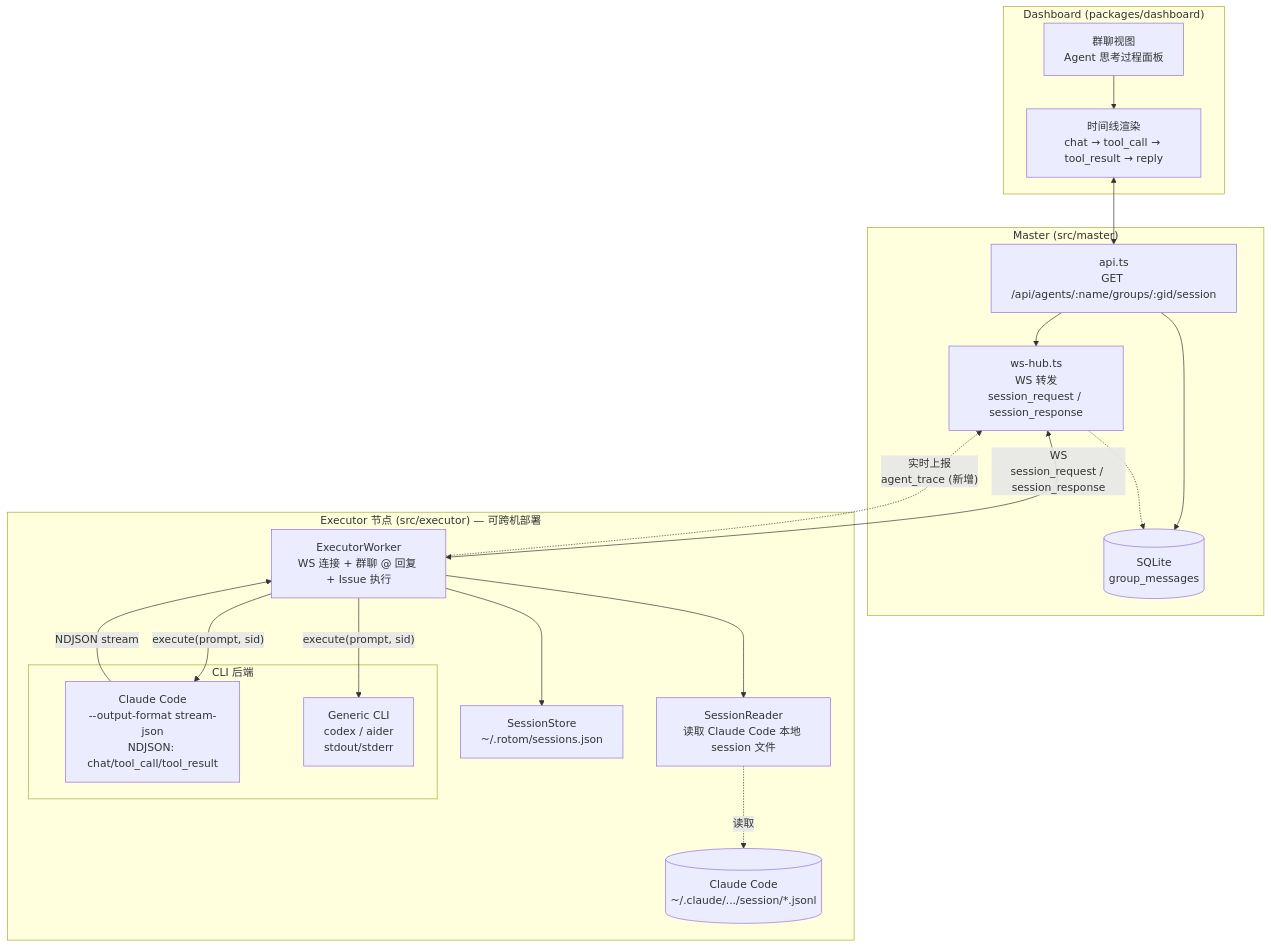
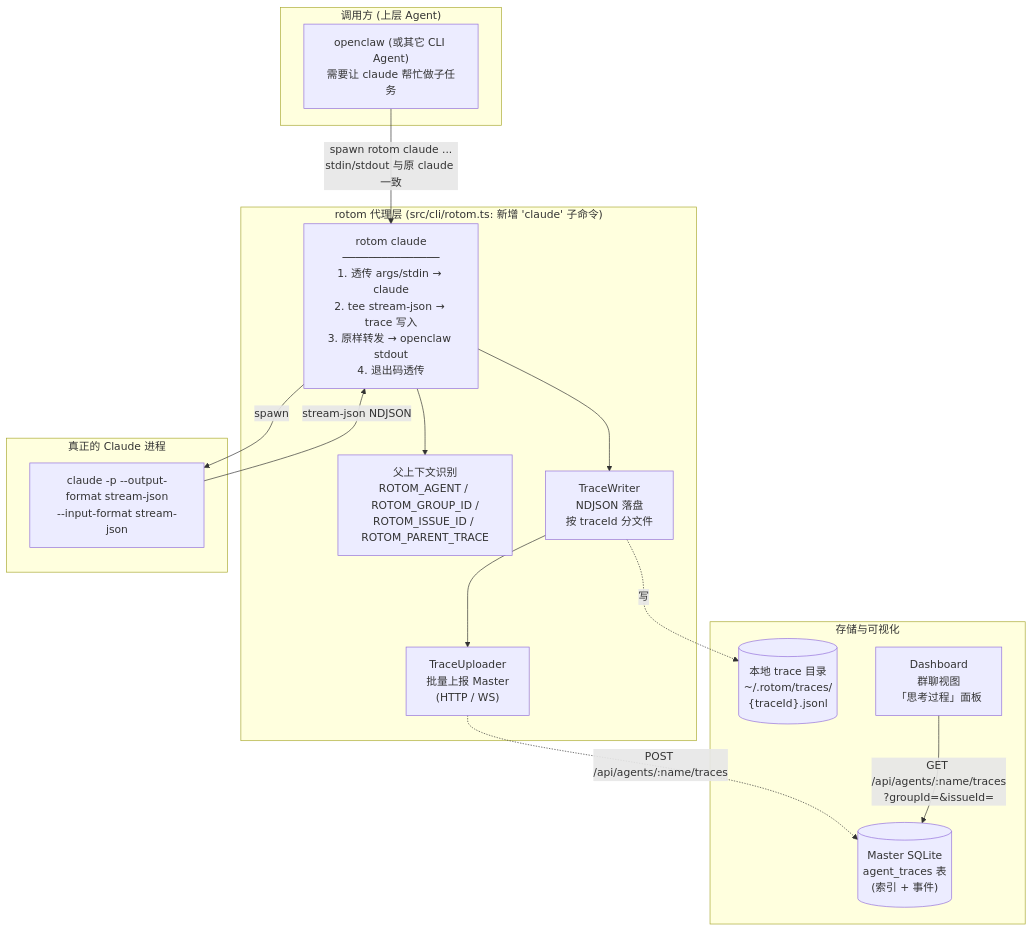
The first of 2 diagrams in docs/AGENT_WHITEBOX.md (konglx90/rotom), drawn with Mermaid before and after one commit. The commit also changed other lines of this file and 1 other file, not shown here.

Commit message:
docs: 更新 Agent 白盒化架构文档并新增提示词文档

````diff
--- a/docs/AGENT_WHITEBOX.md
+++ b/docs/AGENT_WHITEBOX.md
@@ -65,39 +29,33 @@
 ```mermaid
 flowchart TB
-  subgraph Dashboard["Dashboard (packages/dashboard)"]
-    UI["群聊视图<br/>Agent 思考过程面板"]
-    TL["时间线渲染<br/>chat → tool_call → tool_result → reply"]
-    UI --> TL
+  subgraph Caller["调用方 (上层 Agent)"]
+    OC["openclaw (或其它 CLI Agent)<br/>需要让 claude 帮忙做子任务"]
   end
 
-  subgraph Master["Master (src/master)"]
-    API["api.ts<br/>GET /api/agents/:name/groups/:gid/session"]
-    HUB["ws-hub.ts<br/>WS 转发<br/>session_request / session_response"]
-    DB[("SQLite<br/>group_messages")]
-    API --> HUB
-    API --> DB
+  subgraph Proxy["rotom 代理层 (src/cli/rotom.ts: 新增 'claude' 子命令)"]
+    RC["rotom claude<br/>───────────────<br/>1. 透传 args/stdin → claude<br/>2. tee stream-json → trace 写入<br/>3. 原样转发 → openclaw stdout<br/>4. 退出码透传"]
+    CTX["父上下文识别<br/>ROTOM_AGENT / ROTOM_GROUP_ID /<br/>ROTOM_ISSUE_ID / ROTOM_PARENT_TRACE"]
+    WR["TraceWriter<br/>NDJSON 落盘<br/>按 traceId 分文件"]
+    UP["TraceUploader<br/>批量上报 Master<br/>(HTTP / WS)"]
+    RC --> CTX
+    RC --> WR
+    WR --> UP
   end
 
-  subgraph Executor["Executor 节点 (src/executor) — 可跨机部署"]
-    EW["ExecutorWorker<br/>WS 连接 + 群聊 @ 回复 + Issue 执行"]
-    SS["SessionStore<br/>~/.rotom/sessions.json"]
-    SR["SessionReader<br/>读取 Claude Code 本地 session 文件"]
-    EW --> SS
-    EW --> SR
-
-    subgraph CLI["CLI 后端"]
-      CC["Claude Code<br/>--output-format stream-json<br/>NDJSON: chat/tool_call/tool_result"]
-      GC["Generic CLI<br/>codex / aider<br/>stdout/stderr"]
-    end
-
-    EW -->|"execute(prompt, sid)"| CC
-    EW -->|"execute(prompt, sid)"| GC
-    CC -->|"NDJSON stream"| EW
-    SR -.->|"读取"| LOCAL[("Claude Code<br/>~/.claude/.../session/*.jsonl")]
+  subgraph Subprocess["真正的 Claude 进程"]
+    CLAUDE["claude -p --output-format stream-json<br/>--input-format stream-json"]
   end
 
-  TL <--> API
-  HUB <-->|"WS<br/>session_request / session_response"| EW
-  EW -.->|"实时上报<br/>agent_trace (新增)"| HUB
-  HUB -.-> DB
+  subgraph Storage["存储与可视化"]
+    LOCAL[("本地 trace 目录<br/>~/.rotom/traces/<br/>{traceId}.jsonl")]
+    DB[("Master SQLite<br/>agent_traces 表<br/>(索引 + 事件)")]
+    DASH["Dashboard<br/>群聊视图<br/>「思考过程」面板"]
+  end
+
+  OC -->|"spawn rotom claude ...<br/>stdin/stdout 与原 claude 一致"| RC
+  RC -->|"spawn"| CLAUDE
+  CLAUDE -->|"stream-json NDJSON"| RC
+  WR -.->|"写"| LOCAL
+  UP -.->|"POST /api/agents/:name/traces"| DB
+  DASH -->|"GET /api/agents/:name/traces<br/>?groupId=&issueId="| DB
 ```
````
